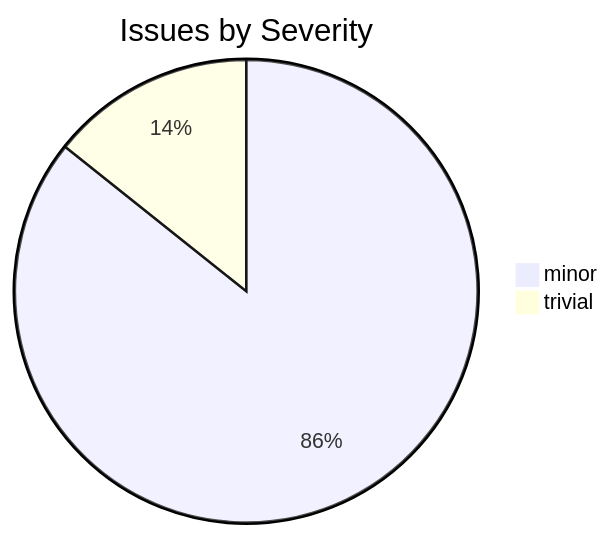
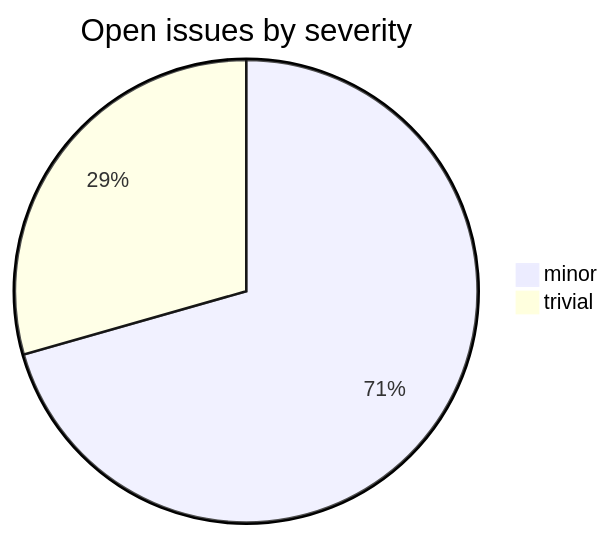
Before and after one commit to sanskrit-lexicon/mw-dev: the second of 2 diagrams in README.md, drawn with Mermaid. The commit also changed other lines of this file, not shown here.

````diff
--- a/README.md
+++ b/README.md
@@ -27,5 +39,5 @@
 ```mermaid
-pie title Issues by Severity
-    "minor" : 18
-    "trivial" : 3
+pie title Open issues by severity
+    "minor" : 12
+    "trivial" : 5
 ```
````
